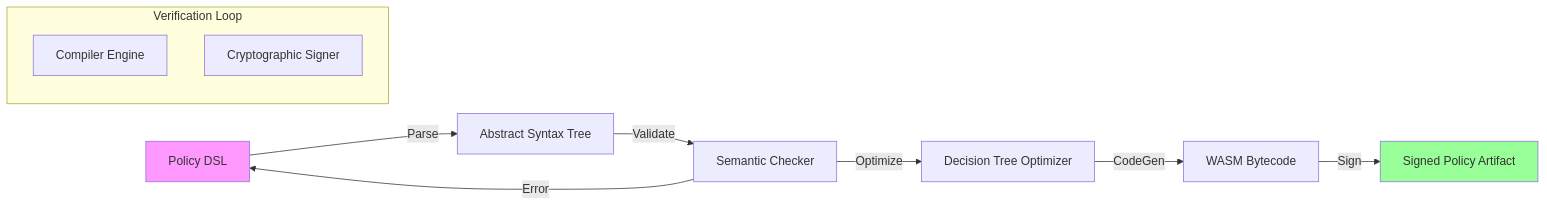
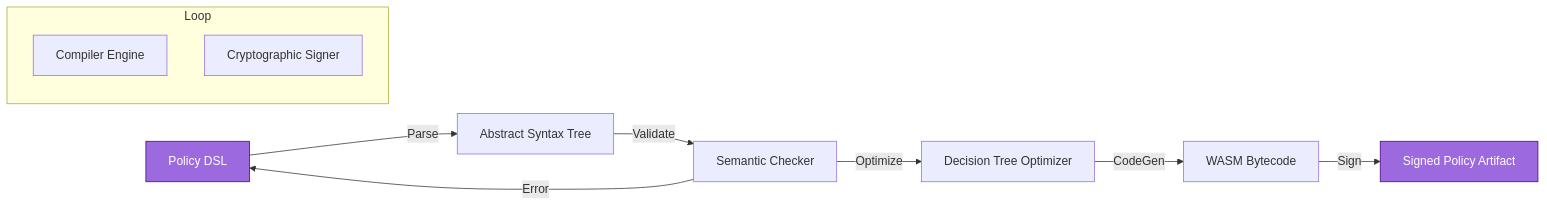
The second of 11 diagrams in src/app/[locale]/research/papers/aecp/AECP-FULL.md (gchaitanyabharath9/omnigcloud), drawn with Mermaid before and after one commit. The commit also changed other lines of this file and 40 other files, not shown here.

````diff
--- a/src/app/[locale]/research/papers/aecp/AECP-FULL.md
+++ b/src/app/[locale]/research/papers/aecp/AECP-FULL.md
@@ -119,18 +148,22 @@
 ```mermaid
 flowchart LR
-    Source[Policy DSL] -->|Parse| AST[Abstract Syntax Tree]
-    AST -->|Validate| Semantic[Semantic Checker]
-    Semantic -->|Optimize| Optimizer[Decision Tree Optimizer]
-    Optimizer -->|CodeGen| Bytecode[WASM Bytecode]
-    Bytecode -->|Sign| Artifact[Signed Policy Artifact]
-    
+    classDef Control fill:#4E79A7,stroke:#2C3E50,color:#fff;
+    classDef Data fill:#59A14F,stroke:#274E13,color:#fff;
+    classDef Policy fill:#9C6ADE,stroke:#4B0082,color:#fff;
+    classDef Obs fill:#F28E2B,stroke:#8B4513,color:#fff;
+    classDef Risk fill:#E15759,stroke:#7B241C,color:#fff;
+    classDef State fill:#76B7B2,stroke:#0E6251,color:#fff;
+    classDef Actor fill:#BAB0AC,stroke:#515A5A,color:#000;
+    Source["Policy DSL"] -->|Parse| AST["Abstract Syntax Tree"]
+    AST -->|Validate| Semantic["Semantic Checker"]
+    Semantic -->|Optimize| Optimizer["Decision Tree Optimizer"]
+    Optimizer -->|CodeGen| Bytecode["WASM Bytecode"]
+    Bytecode -->|Sign| Artifact["Signed Policy Artifact"]
     Semantic -- Error --> Source
-    
-    subgraph "Verification Loop"
-        Compiler[Compiler Engine]
-        Verifier[Cryptographic Signer]
+    subgraph Verification ["Loop"]
+    Compiler["Compiler Engine"]
+    Verifier["Cryptographic Signer"]
     end
-    
-    style Source fill:#f9f
-    style Artifact fill:#9f9
+    class Source Policy;
+    class Artifact Policy;
 ```
````
